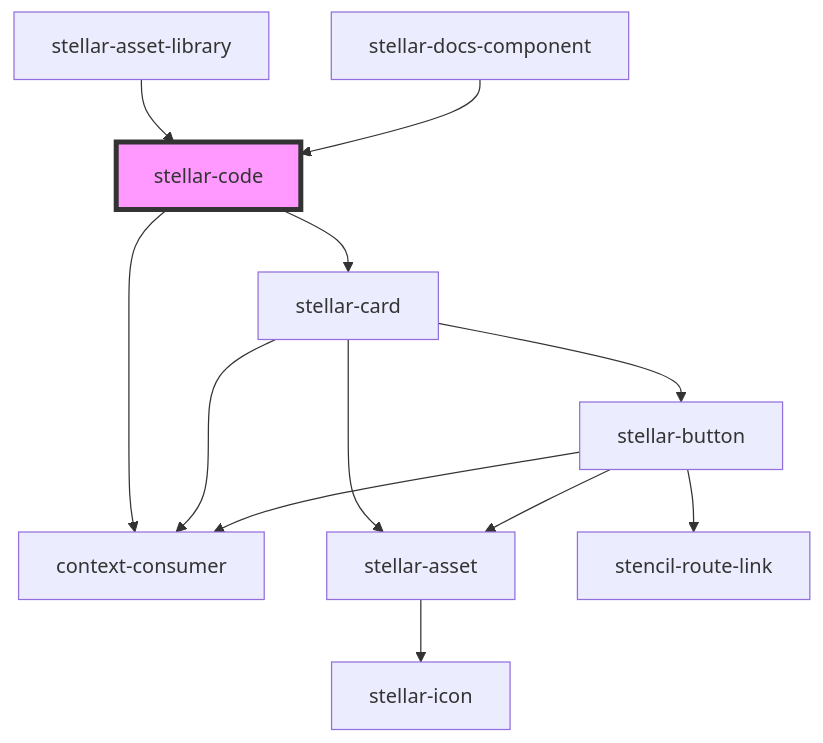
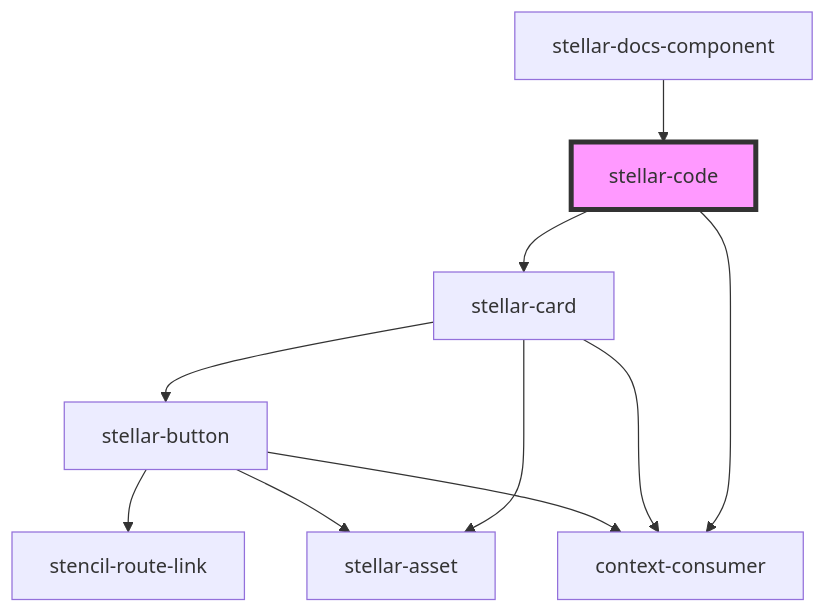
Before and after one commit to splitinfinities/Stellar: the diagram in src/components/helpers/code/readme.md, drawn with Mermaid. The commit also changed other lines of this file and 49 other files, not shown here.

````diff
--- a/src/components/helpers/code/readme.md
+++ b/src/components/helpers/code/readme.md
@@ -79,15 +78,13 @@
 ```mermaid
 graph TD;
   stellar-code --> stellar-card
   stellar-code --> context-consumer
   stellar-card --> stellar-button
   stellar-card --> stellar-asset
   stellar-card --> context-consumer
   stellar-button --> stellar-asset
   stellar-button --> stencil-route-link
   stellar-button --> context-consumer
-  stellar-asset --> stellar-icon
-  stellar-asset-library --> stellar-code
   stellar-docs-component --> stellar-code
   style stellar-code fill:#f9f,stroke:#333,stroke-width:4px
 ```
````
